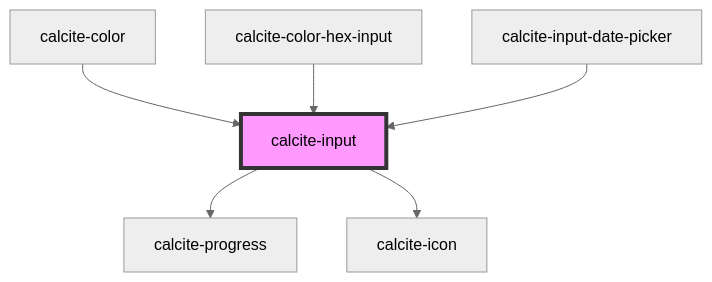
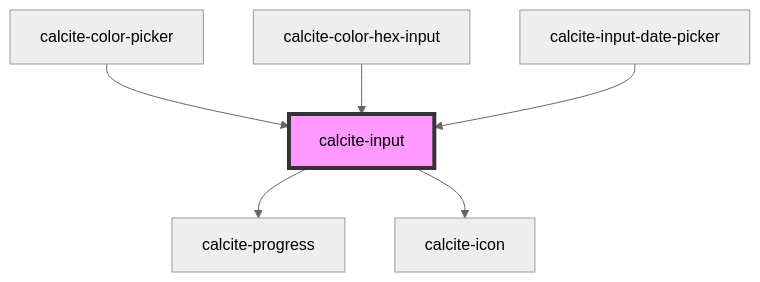
One commit to Esri/calcite-design-system changed the diagram in src/components/calcite-input/readme.md. Above: the diagram before and after it, drawn with Mermaid (neutral theme). The commit also changed other lines of this file and 22 other files, not shown here.

````diff
--- a/src/components/calcite-input/readme.md
+++ b/src/components/calcite-input/readme.md
@@ -180,9 +180,9 @@
 ```mermaid
 graph TD;
   calcite-input --> calcite-progress
   calcite-input --> calcite-icon
-  calcite-color --> calcite-input
+  calcite-color-picker --> calcite-input
   calcite-color-hex-input --> calcite-input
   calcite-input-date-picker --> calcite-input
   style calcite-input fill:#f9f,stroke:#333,stroke-width:4px
 ```
````
